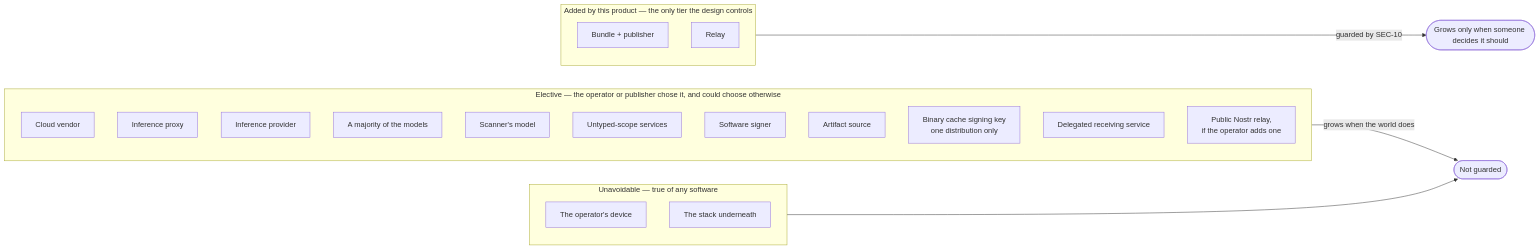
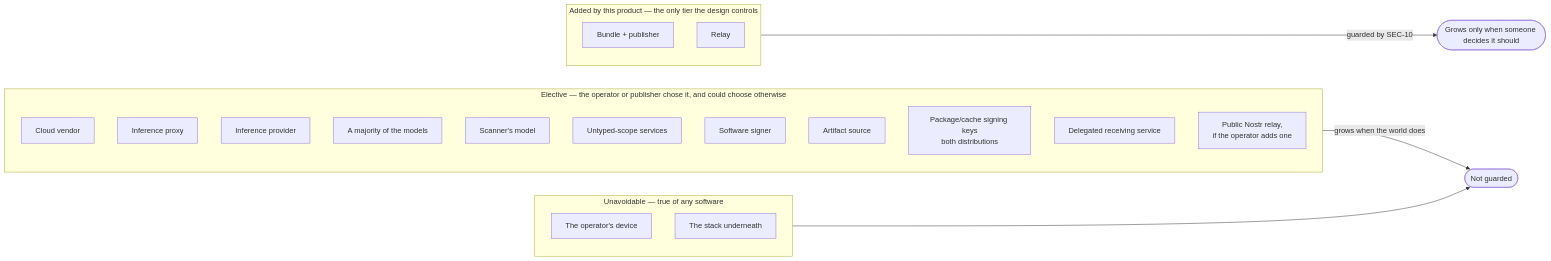
One commit to douglaz/tau-web-spec changed the diagram in 05-trust.md. Above: the diagram before and after it, drawn with Mermaid. The commit also changed other lines of this file and 23 other files, not shown here.

````diff
--- a/05-trust.md
+++ b/05-trust.md
@@ -10,27 +10,27 @@
 ```mermaid
 flowchart LR
     subgraph U["Unavoidable — true of any software"]
         U1[The operator's device]
         U2[The stack underneath]
     end
     subgraph E["Elective — the operator or publisher chose it, and could choose otherwise"]
         E1[Cloud vendor]
         E2[Inference proxy]
         E3[Inference provider]
         E4[A majority of the models]
         E5[Scanner's model]
         E6[Untyped-scope services]
         E7[Software signer]
         E8[Artifact source]
-        E8a["Binary cache signing key<br/>one distribution only"]
+        E8a["Package/cache signing keys<br/>both distributions"]
         E9[Delegated receiving service]
         E10["Public Nostr relay,<br/>if the operator adds one"]
     end
     subgraph A["Added by this product — the only tier the design controls"]
         A1[Bundle + publisher]
         A2[Relay]
     end
     A -->|"guarded by SEC-10"| GUARD([Grows only when someone decides it should])
     E -->|grows when the world does| WORLD([Not guarded])
     U --> WORLD
 ```
````
